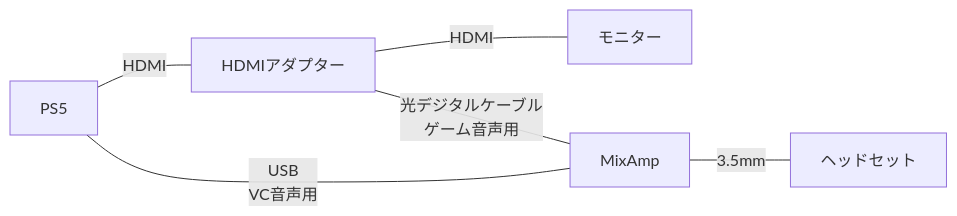
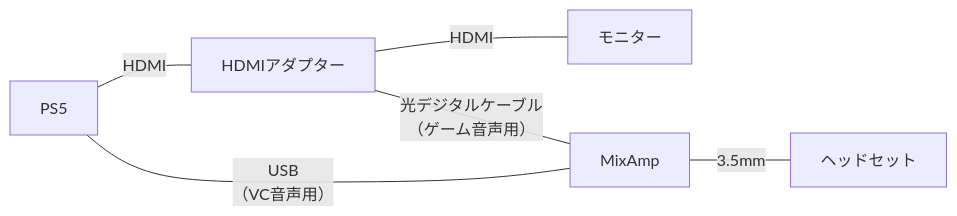
One commit to Dim0000/hugo-blog changed the second of 2 diagrams in content/post/2021-08/game-ps5-mixamp-hdmiadapter.md. Above: the diagram before and after it, drawn with Mermaid. The commit also changed other lines of this file and 2 other files, not shown here.

```diff
--- a/content/post/2021-08/game-ps5-mixamp-hdmiadapter.md
+++ b/content/post/2021-08/game-ps5-mixamp-hdmiadapter.md
@@ -79,8 +77,8 @@
     <div class="mermaid">
     graph LR
       PS5 ---|HDMI| HDMIアダプター
       HDMIアダプター ---|HDMI| モニター
-      HDMIアダプター ---|光デジタルケーブル<br>ゲーム音声用| MixAmp
-      PS5 ---|USB<br>VC音声用| MixAmp
+      HDMIアダプター ---|光デジタルケーブル<br>（ゲーム音声用）| MixAmp
+      PS5 ---|USB<br>（VC音声用）| MixAmp
       MixAmp ---|3.5mm| ヘッドセット
     </div>
```
